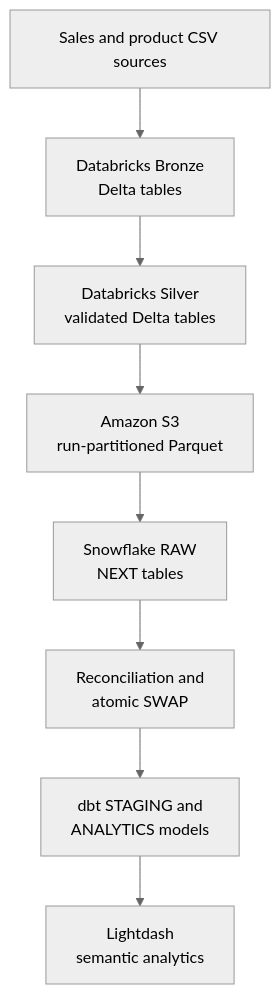
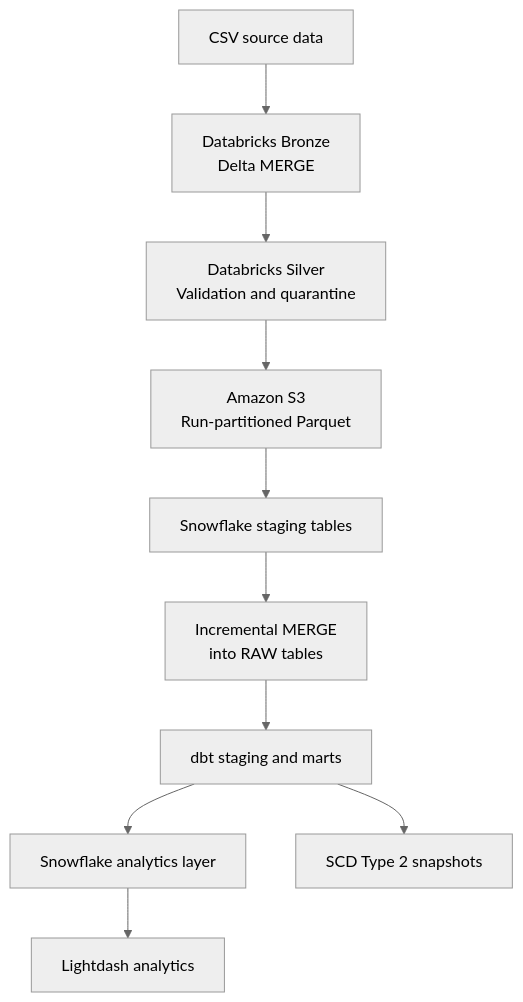
The first of 2 diagrams in README.md (lracine93-ghub/The-Lake-House), drawn with Mermaid (neutral theme) before and after one commit. The commit also changed other lines of this file, not shown here.

Commit message:
docs: document production lakehouse architecture

````diff
--- a/README.md
+++ b/README.md
@@ -9,10 +11,12 @@
 ```mermaid
 flowchart TD
-    A["Sales and product CSV sources"] --> B["Databricks Bronze<br/>Delta tables"]
-    B --> C["Databricks Silver<br/>validated Delta tables"]
-    C --> D["Amazon S3<br/>run-partitioned Parquet"]
-    D --> E["Snowflake RAW<br/>NEXT tables"]
-    E --> F["Reconciliation and<br/>atomic SWAP"]
-    F --> G["dbt STAGING and<br/>ANALYTICS models"]
-    G --> H["Lightdash<br/>semantic analytics"]
+    A["CSV source data"] --> B["Databricks Bronze<br/>Delta MERGE"]
+    B --> C["Databricks Silver<br/>Validation and quarantine"]
+    C --> D["Amazon S3<br/>Run-partitioned Parquet"]
+    D --> E["Snowflake staging tables"]
+    E --> F["Incremental MERGE<br/>into RAW tables"]
+    F --> G["dbt staging and marts"]
+    G --> H["Snowflake analytics layer"]
+    G --> I["SCD Type 2 snapshots"]
+    H --> J["Lightdash analytics"]
 ```
````
